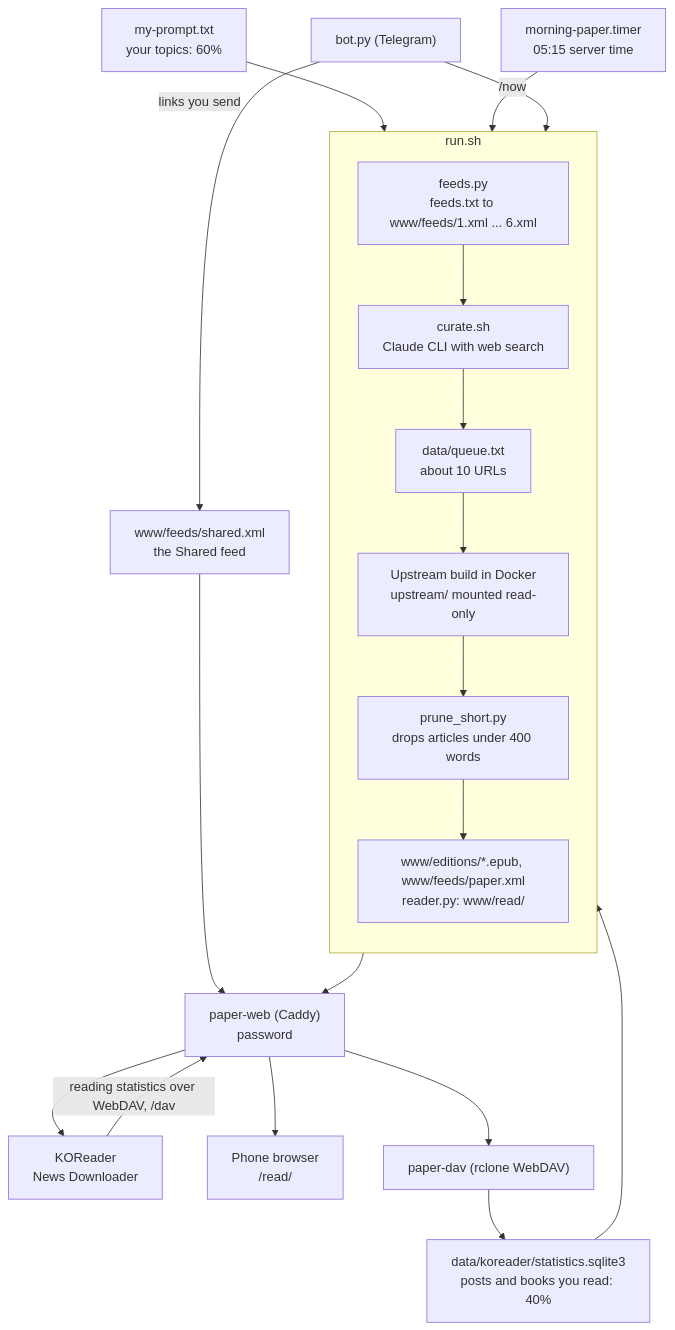
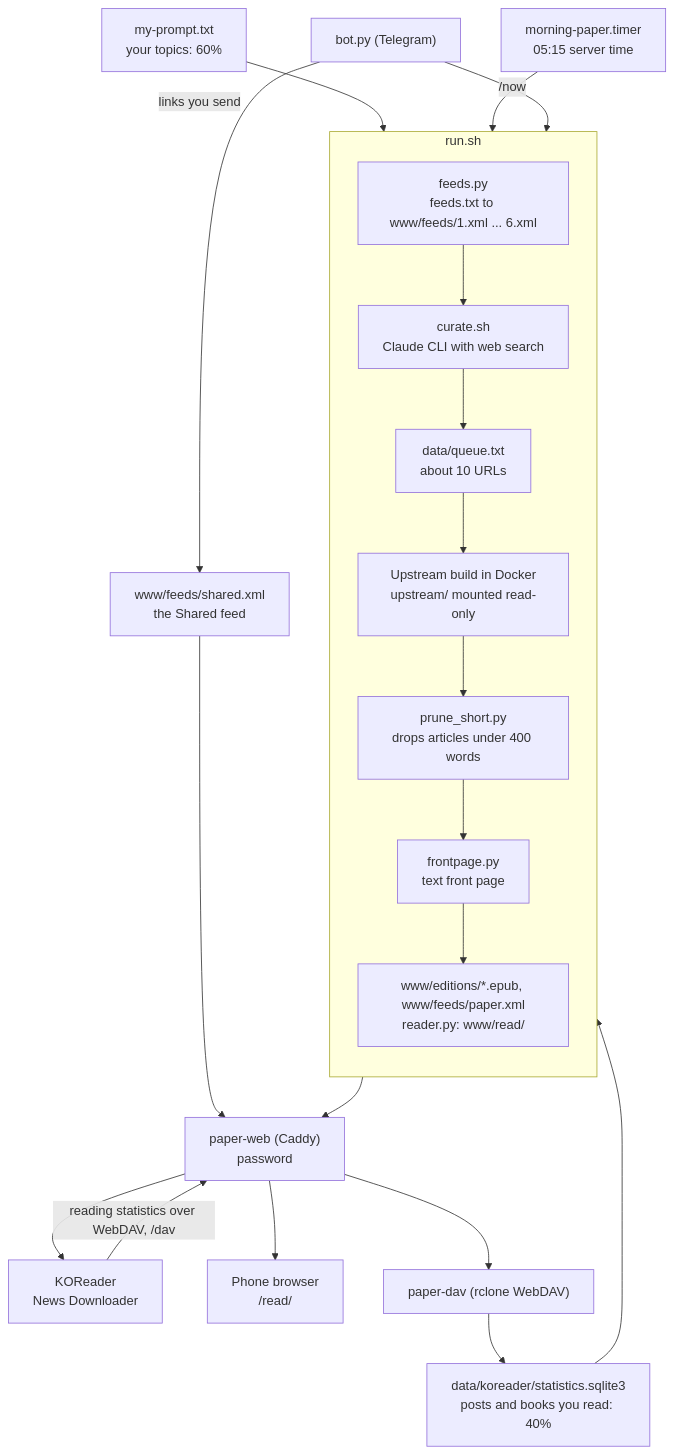
One commit to haziqhilmismail/morning-paper changed the first of 2 diagrams in README.md. Above: the diagram before and after it, drawn with Mermaid. The commit also changed other lines of this file and 5 other files, not shown here.

First line of the commit message:
Replace the image front page with a black-text XHTML front page

````diff
--- a/README.md
+++ b/README.md
@@ -15,27 +15,28 @@
 ```mermaid
 flowchart TD
 	timer["morning-paper.timer<br/>05:15 server time"] --> run
 	bot["bot.py (Telegram)"] -- "/now" --> run
 	bot -- "links you send" --> shared["www/feeds/shared.xml<br/>the Shared feed"]
 
 	subgraph run["run.sh"]
 		direction TB
 		feedspy["feeds.py<br/>feeds.txt to www/feeds/1.xml ... 6.xml"]
 		curate["curate.sh<br/>Claude CLI with web search"]
 		queue["data/queue.txt<br/>about 10 URLs"]
 		build["Upstream build in Docker<br/>upstream/ mounted read-only"]
 		prune["prune_short.py<br/>drops articles under 400 words"]
+		front["frontpage.py<br/>text front page"]
 		publish["www/editions/*.epub, www/feeds/paper.xml<br/>reader.py: www/read/"]
-		feedspy --> curate --> queue --> build --> prune --> publish
+		feedspy --> curate --> queue --> build --> prune --> front --> publish
 	end
 
 	prompt["my-prompt.txt<br/>your topics: 60%"] --> curate
 	stats["data/koreader/statistics.sqlite3<br/>posts and books you read: 40%"] --> curate
 	shared --> web
 
 	publish --> web["paper-web (Caddy)<br/>password"]
 	web --> koreader["KOReader<br/>News Downloader"]
 	web --> phone["Phone browser<br/>/read/"]
 	koreader -- "reading statistics over WebDAV, /dav" --> web
 	web --> dav["paper-dav (rclone WebDAV)"] --> stats
 ```
````
